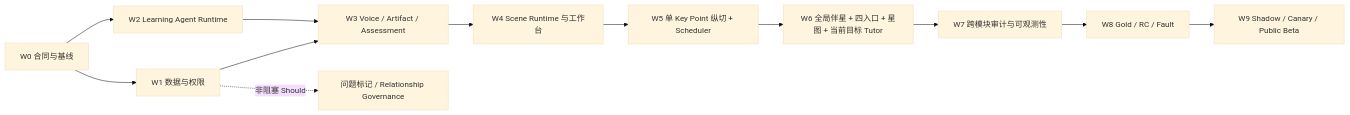
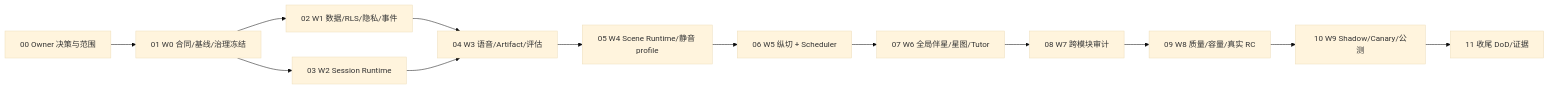
Before and after one commit to asklins223/ai-learning-system: the diagram in docs/plans/learning-companion-multimodal-understanding-universe.md, drawn with Mermaid (base theme). The commit also changed other lines of this file and 288 other files, not shown here.

````diff
--- a/docs/plans/learning-companion-multimodal-understanding-universe.md
+++ b/docs/plans/learning-companion-multimodal-understanding-universe.md
@@ -1851,14 +27,15 @@
 ```mermaid
 flowchart LR
-  W0["W0 合同与基线"] --> W1["W1 数据与权限"]
-  W0 --> W2["W2 Learning Agent Runtime"]
-  W1 --> W3["W3 Voice / Artifact / Assessment"]
-  W2 --> W3
-  W3 --> W4["W4 Scene Runtime 与工作台"]
-  W4 --> W5["W5 单 Key Point 纵切 + Scheduler"]
-  W5 --> W6["W6 全局伴星 + 四入口 + 星图 + 当前目标 Tutor"]
-  W6 --> W7["W7 跨模块审计与可观测性"]
-  W7 --> W8["W8 Gold / RC / Fault"]
-  W8 --> W9["W9 Shadow / Canary / Public Beta"]
-  W1 -.非阻塞 Should.-> S1["问题标记 / Relationship Governance"]
+  S0["00 Owner 决策与范围"] --> S1["01 W0 合同/基线/治理冻结"]
+  S1 --> S2["02 W1 数据/RLS/隐私/事件"]
+  S1 --> S3["03 W2 Session Runtime"]
+  S2 --> S4["04 W3 语音/Artifact/评估"]
+  S3 --> S4
+  S4 --> S5["05 W4 Scene Runtime/静音 profile"]
+  S5 --> S6["06 W5 纵切 + Scheduler"]
+  S6 --> S7["07 W6 全局伴星/星图/Tutor"]
+  S7 --> S8["08 W7 跨模块审计"]
+  S8 --> S9["09 W8 质量/容量/真实 RC"]
+  S9 --> S10["10 W9 Shadow/Canary/公测"]
+  S10 --> S11["11 收尾 DoD/证据"]
 ```
````
